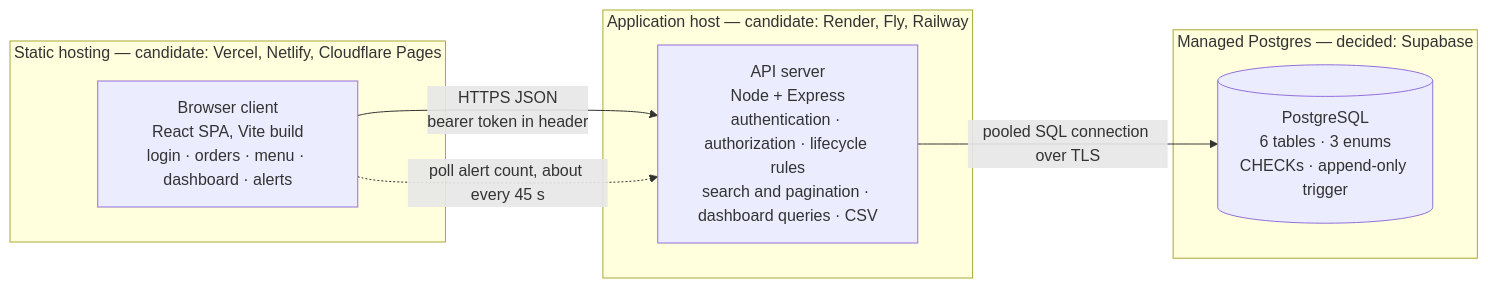
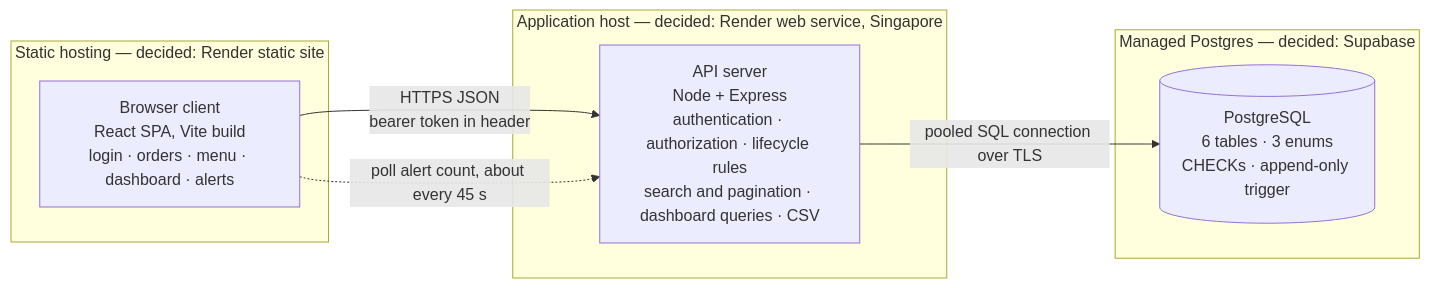
One commit to SauravRathi/restaurant-order-system changed the diagram in docs/architecture.md. Above: the diagram before and after it, drawn with Mermaid. The commit also changed other lines of this file, not shown here.

Commit message:
Settle the frontend host, the server-state library and the charting library. Updated in architecture.md.

````diff
--- a/docs/architecture.md
+++ b/docs/architecture.md
@@ -13,15 +13,15 @@
 ```mermaid
 flowchart LR
-  subgraph CDN["Static hosting — candidate: Vercel, Netlify, Cloudflare Pages"]
+  subgraph CDN["Static hosting — decided: Render static site"]
     R["Browser client<br/>React SPA, Vite build<br/>login · orders · menu · dashboard · alerts"]
   end
-  subgraph APP["Application host — candidate: Render, Fly, Railway"]
+  subgraph APP["Application host — decided: Render web service, Singapore"]
     E["API server<br/>Node + Express<br/>authentication · authorization · lifecycle rules<br/>search and pagination · dashboard queries · CSV"]
   end
   subgraph DBH["Managed Postgres — decided: Supabase"]
     P[("PostgreSQL<br/>6 tables · 3 enums<br/>CHECKs · append-only trigger")]
   end
   R -- "HTTPS JSON<br/>bearer token in header" --> E
   E -- "pooled SQL connection over TLS" --> P
   R -. "poll alert count, about every 45 s" .-> E
 ```
````
